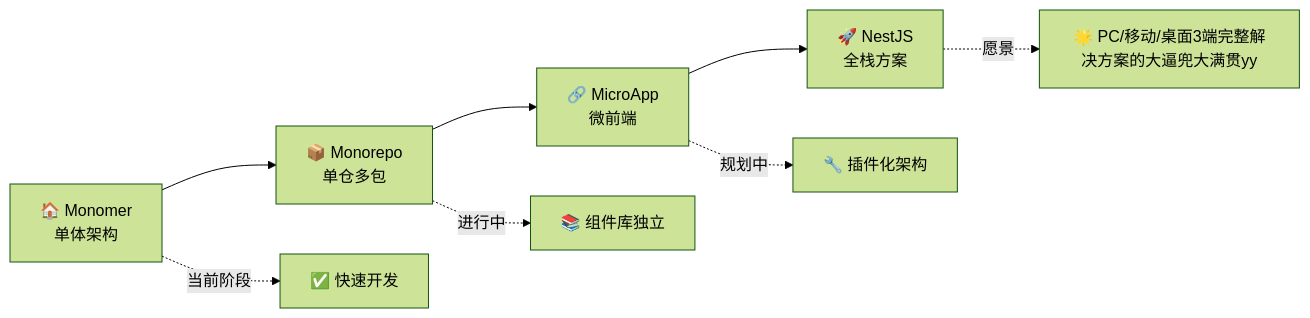
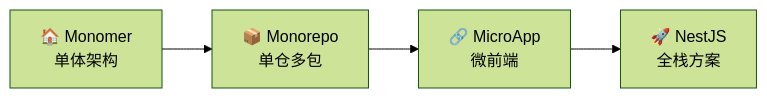
One commit to ShourGG/tailamianban changed the diagram in README.md. Above: the diagram before and after it, drawn with Mermaid (forest theme). The commit also changed other lines of this file, not shown here.

````diff
--- a/README.md
+++ b/README.md
@@ -472,11 +292,6 @@
 ```mermaid
 graph LR
     A[🏠 Monomer<br/>单体架构] --> B[📦 Monorepo<br/>单仓多包]
     B --> C[🔗 MicroApp<br/>微前端]
     C --> D[🚀 NestJS<br/>全栈方案]
-    
-    A -.->|当前阶段| E[✅ 快速开发]
-    B -.->|进行中| F[📚 组件库独立]
-    C -.->|规划中| G[🔧 插件化架构]
-    D -.->|愿景| H[🌟 PC/移动/桌面3端完整解决方案的大逼兜大满贯yy]
 ```
````
